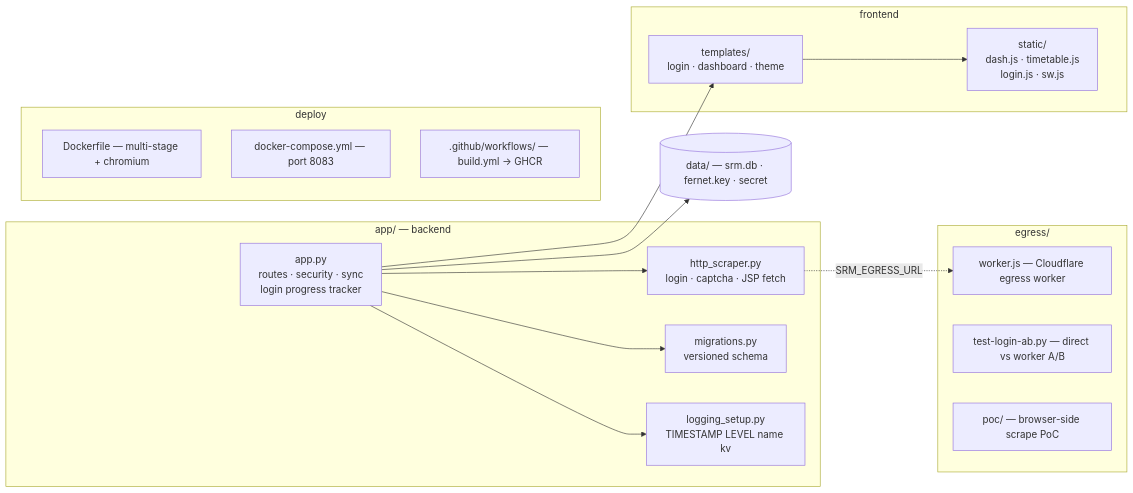
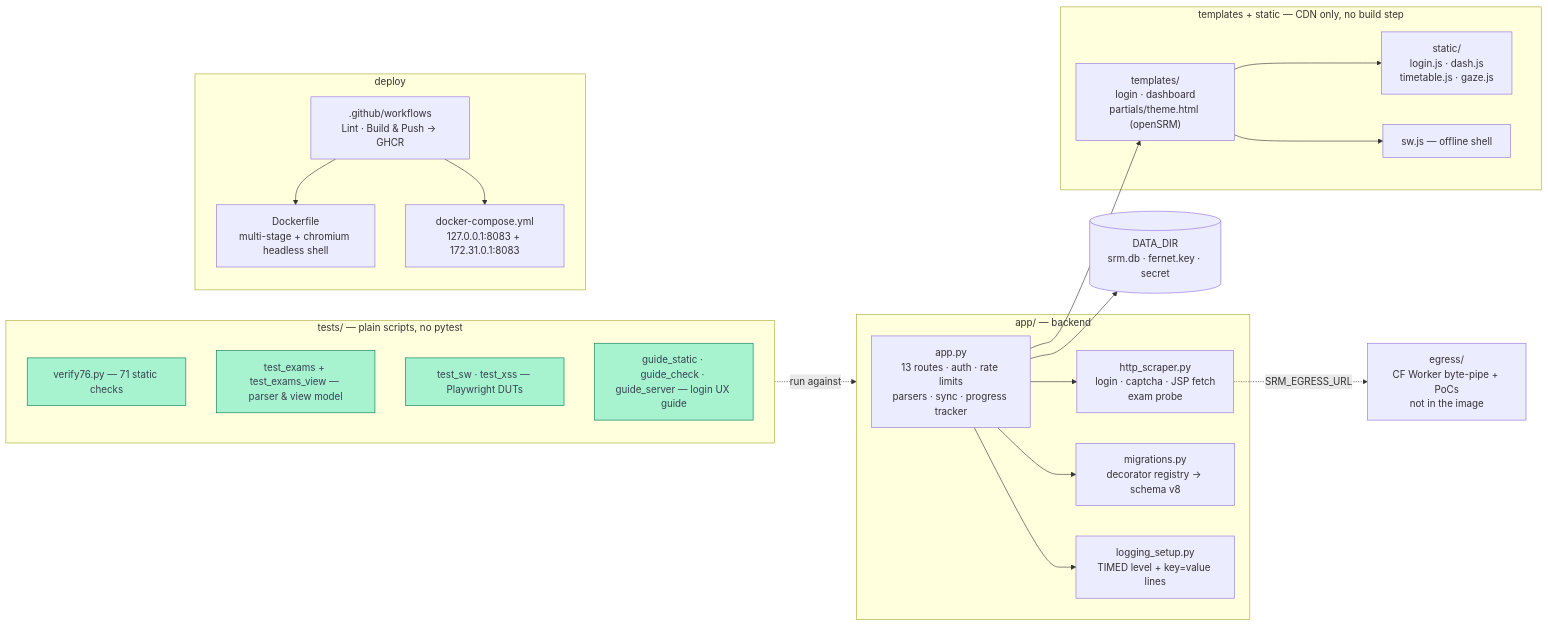
The third of 3 diagrams in README.md (thenabbu/OpenSRM), drawn with Mermaid before and after one commit. The commit also changed other lines of this file, not shown here.

First line of the commit message:
docs: rewrite README for v1.4.0 — fresh mermaid trio, ScribeInner correction

````diff
--- a/README.md
+++ b/README.md
@@ -139,36 +156,46 @@
 ```mermaid
 flowchart LR
-    subgraph core["app/ — backend"]
-        APP["app.py<br/>routes · security · sync<br/>login progress tracker"]
-        SCR["http_scraper.py<br/>login · captcha · JSP fetch"]
-        MIG["migrations.py<br/>versioned schema"]
-        LOG["logging_setup.py<br/>TIMESTAMP LEVEL name kv"]
+    subgraph backend["app/ — backend"]
+        APP["app.py<br/>13 routes · auth · rate limits<br/>parsers · sync · progress tracker"]
+        SCR["http_scraper.py<br/>login · captcha · JSP fetch<br/>exam probe"]
+        MIG["migrations.py<br/>decorator registry → schema v8"]
+        LOG["logging_setup.py<br/>TIMED level + key=value lines"]
     end
 
-    subgraph front["frontend"]
-        TPL["templates/<br/>login · dashboard · theme"]
-        ST["static/<br/>dash.js · timetable.js<br/>login.js · sw.js"]
+    subgraph frontend["templates + static — CDN only, no build step"]
+        TPL["templates/<br/>login · dashboard<br/>partials/theme.html (openSRM)"]
+        JS["static/<br/>login.js · dash.js<br/>timetable.js · gaze.js"]
+        SWJS["sw.js — offline shell"]
     end
 
-    subgraph eg["egress/"]
-        WK["worker.js — Cloudflare egress worker"]
-        AB["test-login-ab.py — direct vs worker A/B"]
-        POC["poc/ — browser-side scrape PoC"]
+    subgraph gate["tests/ — plain scripts, no pytest"]
+        T1["verify76.py — 71 static checks"]
+        T2["test_exams + test_exams_view — parser & view model"]
+        T3["test_sw · test_xss — Playwright DUTs"]
+        T4["guide_static · guide_check · guide_server — login UX guide"]
     end
 
-    subgraph dep["deploy"]
-        DF["Dockerfile — multi-stage + chromium"]
-        DC["docker-compose.yml — port 8083"]
-        CI[".github/workflows/ — build.yml → GHCR"]
+    subgraph ship["deploy"]
+        DF["Dockerfile<br/>multi-stage + chromium headless shell"]
+        DC["docker-compose.yml<br/>127.0.0.1:8083 + 172.31.0.1:8083"]
+        CI[".github/workflows<br/>Lint · Build & Push → GHCR"]
     end
 
-    DATA[("data/ — srm.db · fernet.key · secret")]
+    EGDIR["egress/<br/>CF Worker byte-pipe + PoCs<br/>not in the image"]
+    DATA[("DATA_DIR<br/>srm.db · fernet.key · secret")]
 
     APP --> SCR
     APP --> MIG
     APP --> LOG
     APP --> TPL
-    TPL --> ST
+    TPL --> JS
+    TPL --> SWJS
     APP --> DATA
-    SCR -.->|"SRM_EGRESS_URL"| WK
+    SCR -.->|"SRM_EGRESS_URL"| EGDIR
+    CI --> DF
+    CI --> DC
+    gate -.->|"run against"| backend
+
+    classDef gatecls fill:#a7f3d0,stroke:#047857,color:#374151
+    class T1,T2,T3,T4 gatecls
 ```
````
